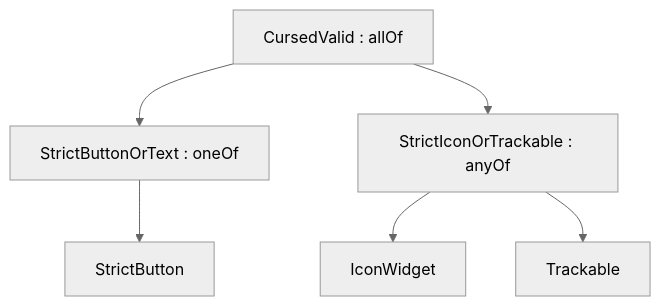
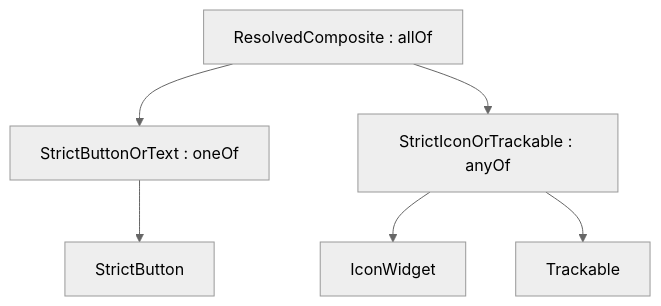
Before and after one commit to appsemble/appsemble: the diagram in packages/lang-sdk/language-component/stress-test-schemas/README.md, drawn with Mermaid (neutral theme). The commit also changed other lines of this file and 7 other files, not shown here.

````diff
--- a/packages/lang-sdk/language-component/stress-test-schemas/README.md
+++ b/packages/lang-sdk/language-component/stress-test-schemas/README.md
@@ -41,8 +49,8 @@
 ```mermaid
 graph TD
-  CV["CursedValid : allOf"] --> SBT["StrictButtonOrText : oneOf"]
-  CV --> SIT["StrictIconOrTrackable : anyOf"]
+  RC["ResolvedComposite : allOf"] --> SBT["StrictButtonOrText : oneOf"]
+  RC --> SIT["StrictIconOrTrackable : anyOf"]
   SBT --> SB["StrictButton"]
   SIT --> IW["IconWidget"]
   SIT --> TR["Trackable"]
 ```
````
